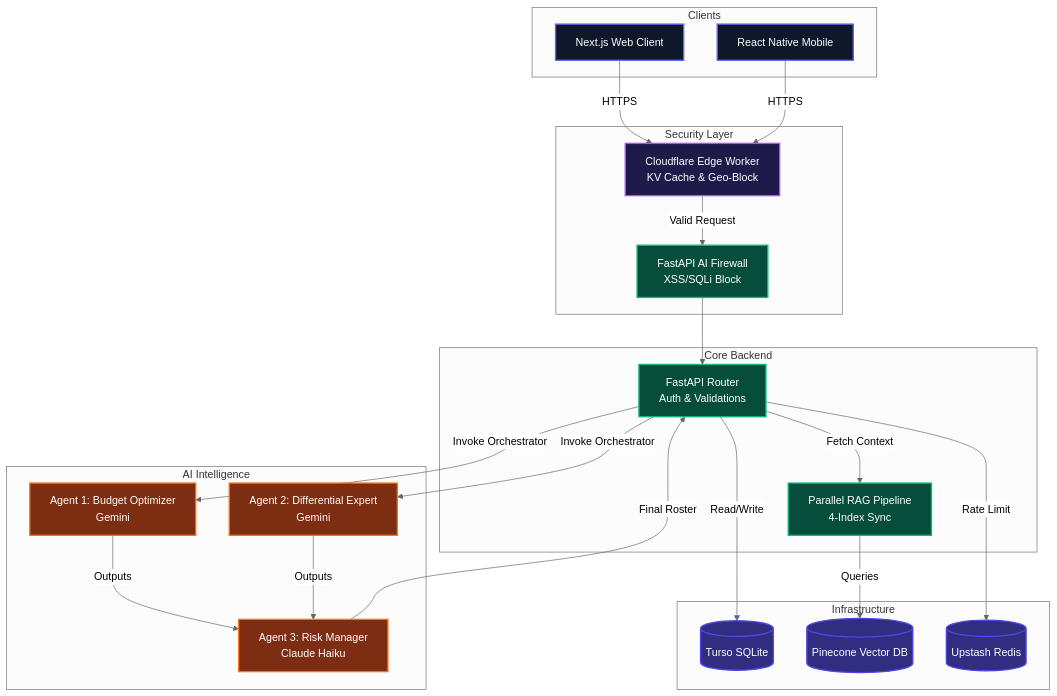
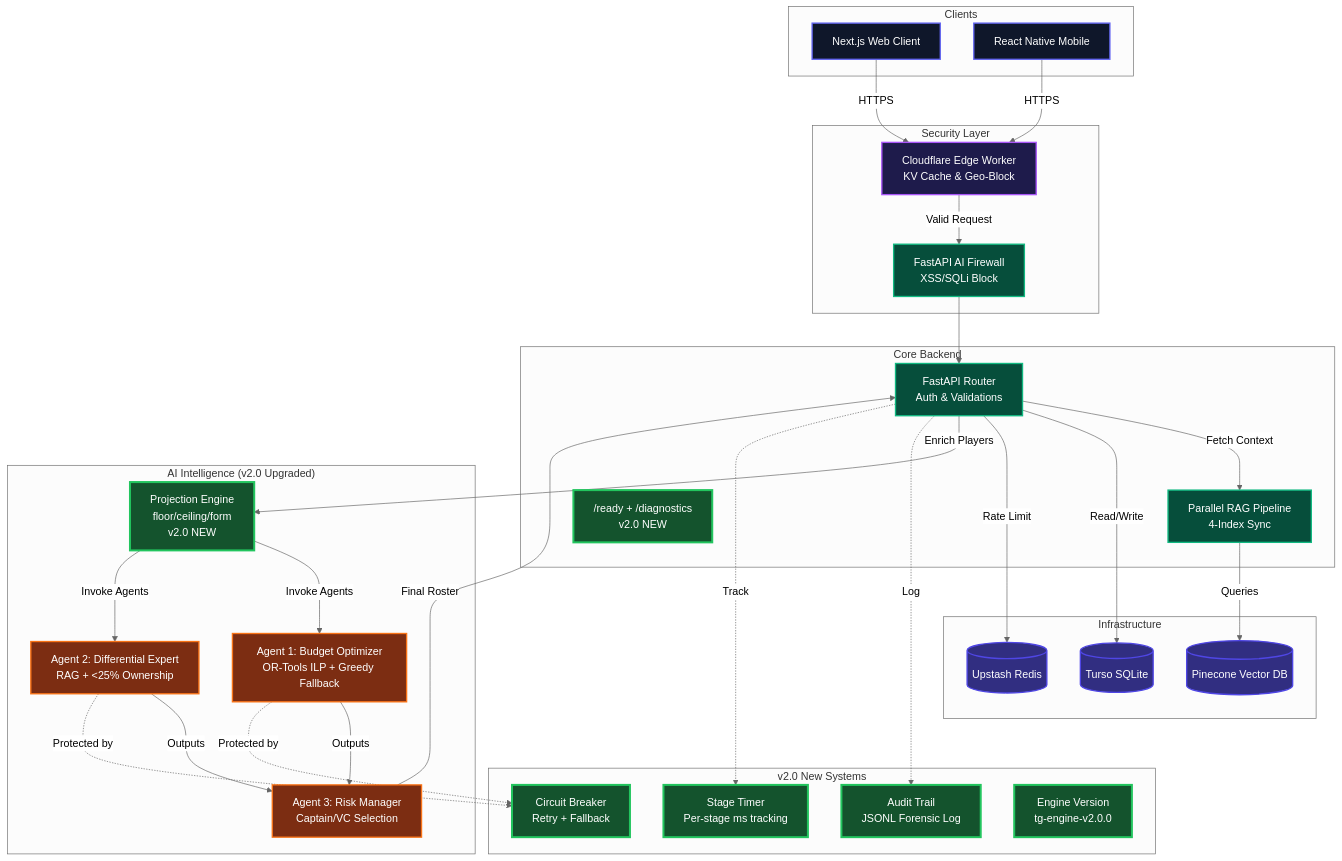
Before and after one commit to Inayat-0007/teamgenie-ai-PRIVATE-PATENT-2026: the diagram in README.md, drawn with Mermaid (neutral theme). The commit also changed other lines of this file, not shown here.

Commit message:
docs: complete README overhaul — v1 vs v2 comparison, version history, upgraded architecture diagram, CI status, security stack, and quickstart

````diff
--- a/README.md
+++ b/README.md
@@ -40,48 +136,62 @@
 ```mermaid
 graph TD
     %% Styling
     classDef client fill:#0f172a,stroke:#6366f1,stroke-width:2px,color:#fff
     classDef edge fill:#1e1b4b,stroke:#a855f7,stroke-width:2px,color:#fff
     classDef api fill:#064e3b,stroke:#10b981,stroke-width:2px,color:#fff
     classDef ai fill:#7c2d12,stroke:#f97316,stroke-width:2px,color:#fff
     classDef db fill:#312e81,stroke:#4f46e5,stroke-width:2px,color:#fff
+    classDef new fill:#14532d,stroke:#22c55e,stroke-width:3px,color:#fff
 
     subgraph Clients
         W[Next.js Web Client]:::client
         M[React Native Mobile]:::client
     end
 
     subgraph Security Layer
         CF[Cloudflare Edge Worker<br>KV Cache & Geo-Block]:::edge
         FW[FastAPI AI Firewall<br>XSS/SQLi Block]:::api
     end
 
     subgraph Core Backend
         API[FastAPI Router<br>Auth & Validations]:::api
         RAG[Parallel RAG Pipeline<br>4-Index Sync]:::api
+        READY["/ready + /diagnostics<br>v2.0 NEW"]:::new
     end
 
-    subgraph AI Intelligence
-        B[Agent 1: Budget Optimizer<br>Gemini]:::ai
-        D[Agent 2: Differential Expert<br>Gemini]:::ai
-        R[Agent 3: Risk Manager<br>Claude Haiku]:::ai
+    subgraph "AI Intelligence (v2.0 Upgraded)"
+        PROJ["Projection Engine<br>floor/ceiling/form<br>v2.0 NEW"]:::new
+        B["Agent 1: Budget Optimizer<br>OR-Tools ILP + Greedy Fallback"]:::ai
+        D["Agent 2: Differential Expert<br>RAG + <25% Ownership"]:::ai
+        R["Agent 3: Risk Manager<br>Captain/VC Selection"]:::ai
+    end
+
+    subgraph "v2.0 New Systems"
+        TIMER["Stage Timer<br>Per-stage ms tracking"]:::new
+        AUDIT["Audit Trail<br>JSONL Forensic Log"]:::new
+        CB["Circuit Breaker<br>Retry + Fallback"]:::new
+        VER["Engine Version<br>tg-engine-v2.0.0"]:::new
     end
 
     subgraph Infrastructure
         T[(Turso SQLite)]:::db
         P[(Pinecone Vector DB)]:::db
         U[(Upstash Redis)]:::db
     end
 
     %% Flow
     W & M -->|HTTPS| CF
     CF -->|Valid Request| FW
     FW --> API
     API -->|Fetch Context| RAG
     RAG -->|Queries| P
     API -->|Read/Write| T
     API -->|Rate Limit| U
-    API -->|Invoke Orchestrator| B & D
+    API -->|Enrich Players| PROJ
+    PROJ -->|Invoke Agents| B & D
     B & D -->|Outputs| R
     R -->|Final Roster| API
+    API -.->|Log| AUDIT
+    API -.->|Track| TIMER
+    B & D -.->|Protected by| CB
 ```
````
